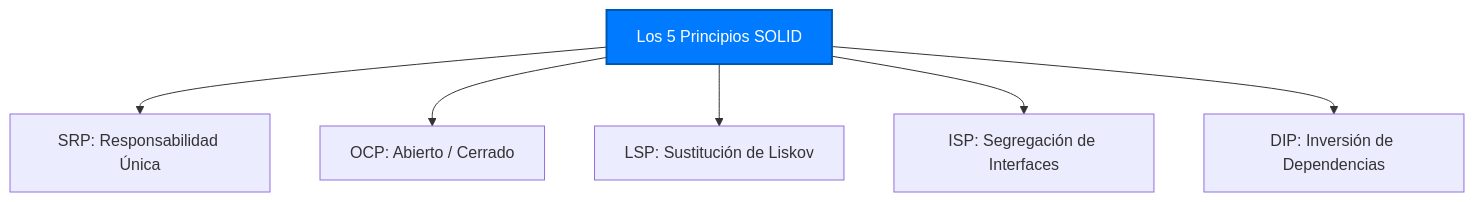
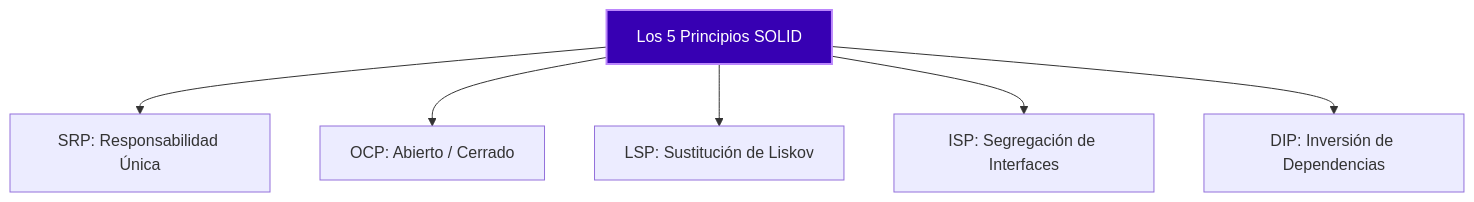
The diagram in is-912/fase-1/2.md (ConsSorto/ConsSorto.github.io), drawn with Mermaid before and after one commit. The commit also changed 1 other file, not shown here.

Commit message:
fix: ajustar colores de los diagramas mermaid para que coincidan con el tema oscuro del repositorio

````diff
--- a/is-912/fase-1/2.md
+++ b/is-912/fase-1/2.md
@@ -21,11 +21,11 @@
 ```mermaid
 graph TD
     SOLID[Los 5 Principios SOLID]
     SOLID --> S[SRP: Responsabilidad Única]
     SOLID --> O[OCP: Abierto / Cerrado]
     SOLID --> L[LSP: Sustitución de Liskov]
     SOLID --> I[ISP: Segregación de Interfaces]
     SOLID --> D[DIP: Inversión de Dependencias]
     
-    style SOLID fill:#007bff,stroke:#0056b3,stroke-width:2px,color:#fff
+    style SOLID fill:#3700B3,stroke:#BB86FC,stroke-width:2px,color:#fff
 ```
````
